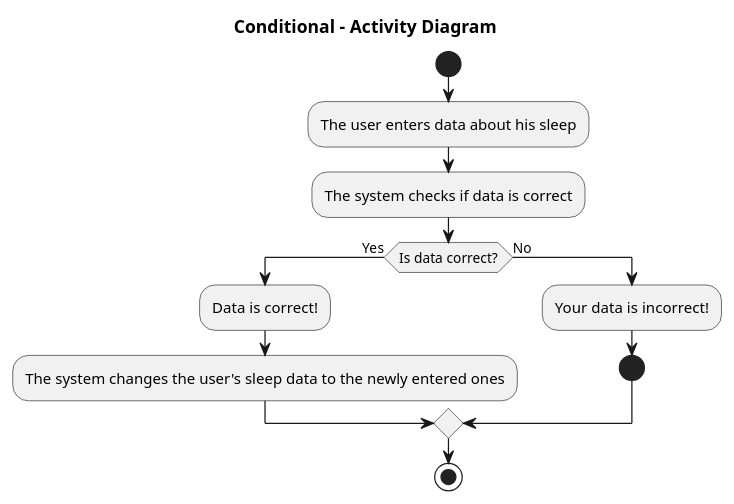
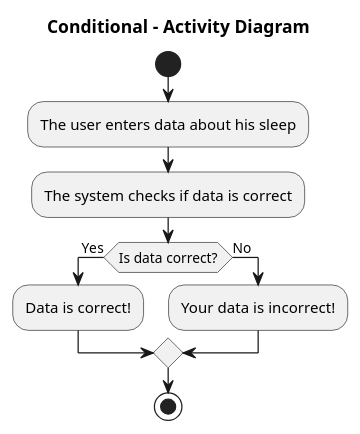
The diagram in 2-SoftwareDesign/2.7-PlantUML/UML-Activity.puml (oleksandrblazhko/eai205-boychuk), drawn with PlantUML before and after one commit.

```diff
--- a/2-SoftwareDesign/2.7-PlantUML/UML-Activity.puml
+++ b/2-SoftwareDesign/2.7-PlantUML/UML-Activity.puml
@@ -1,21 +1,19 @@
 @startuml
 
 title Conditional - Activity Diagram 
 
 start
 
 :The user enters data about his sleep;
 :The system checks if data is correct;
 
 if (Is data correct?) then (Yes)
   :Data is correct!;
-  :The system changes the user's sleep data to the newly entered ones;
 else (No)
   :Your data is incorrect!;
-  start
 endif
 
 
 stop
 
 @enduml
```
